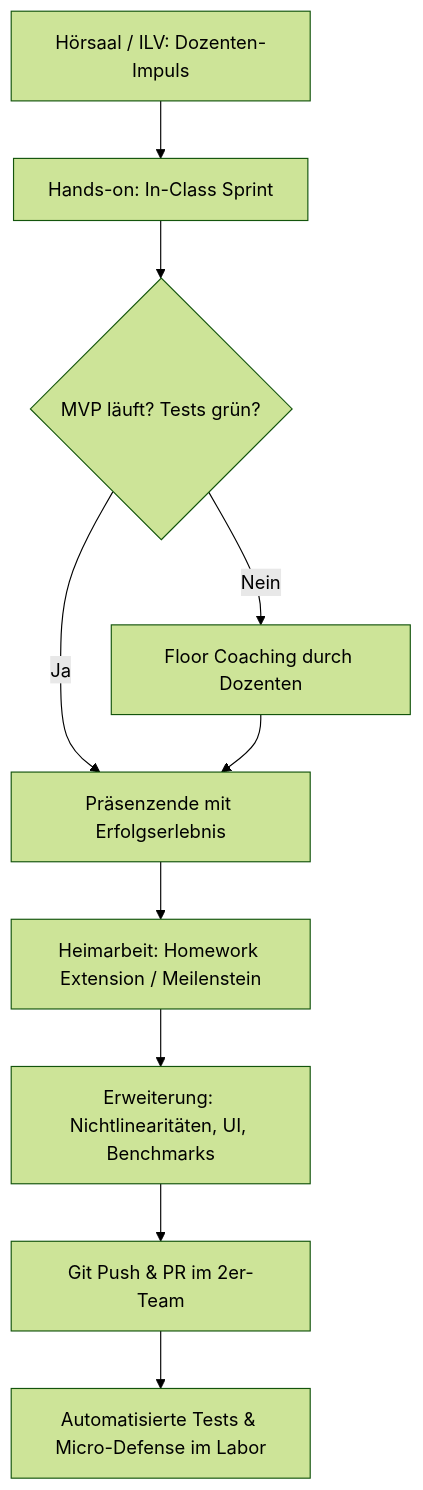
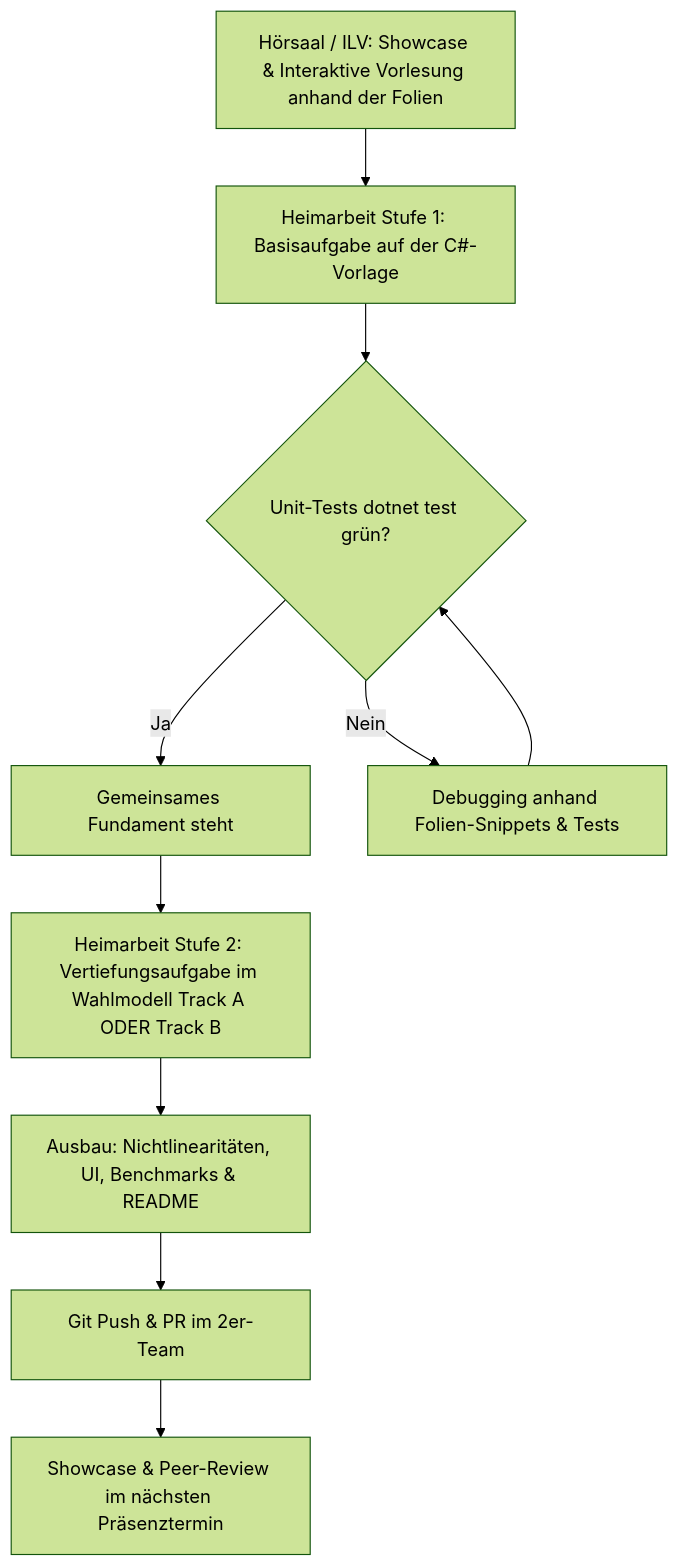
The fourth of 5 diagrams in Konzept/01_Lehrveranstaltungsstruktur_und_Syllabus.md (ghackenberg/kurs-computer-simulation), drawn with Mermaid (forest theme) before and after one commit. The commit also changed other lines of this file and 68 other files, not shown here.

Commit message:
Didaktik & Übungsstruktur: Stufe 1/2 (Hausübung ohne Live-Coding), Rückwärts-Kausalität der Moodle-Quizzes (8 Fragen / 10 Pkt.) und 6-Dimensionen-Review-Skill

````diff
--- a/Konzept/01_Lehrveranstaltungsstruktur_und_Syllabus.md
+++ b/Konzept/01_Lehrveranstaltungsstruktur_und_Syllabus.md
@@ -694,11 +689,11 @@
 ```mermaid
 flowchart TD
-    A[Hörsaal / ILV: Dozenten-Impuls] --> B[Hands-on: In-Class Sprint]
-    B --> C{MVP läuft? Tests grün?}
-    C -- Ja --> D[Präsenzende mit Erfolgserlebnis]
-    C -- Nein --> E[Floor Coaching durch Dozenten] --> D
-    D --> F[Heimarbeit: Homework Extension / Meilenstein]
-    F --> G[Erweiterung: Nichtlinearitäten, UI, Benchmarks]
+    A[Hörsaal / ILV: Showcase & Interaktive Vorlesung anhand der Folien] --> B[Heimarbeit Stufe 1: Basisaufgabe auf der C#-Vorlage]
+    B --> C{Unit-Tests dotnet test grün?}
+    C -- Ja --> D[Gemeinsames Fundament steht]
+    C -- Nein --> E[Debugging anhand Folien-Snippets & Tests] --> C
+    D --> F[Heimarbeit Stufe 2: Vertiefungsaufgabe im Wahlmodell Track A ODER Track B]
+    F --> G[Ausbau: Nichtlinearitäten, UI, Benchmarks & README]
     G --> H[Git Push & PR im 2er-Team]
-    H --> I[Automatisierte Tests & Micro-Defense im Labor]
+    H --> I[Showcase & Peer-Review im nächsten Präsenztermin]
 ```
````
